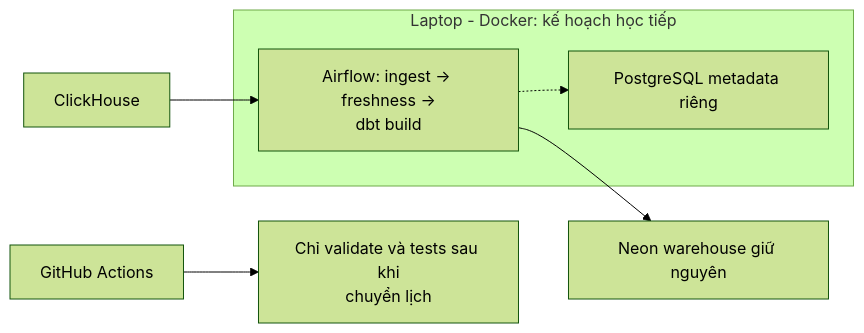
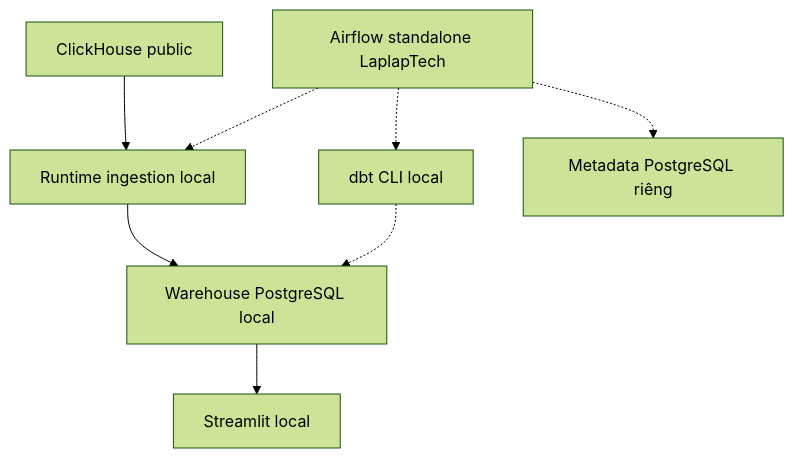
Before and after one commit to PhucTruong11/laplaptech_pipeline: the eighth of 8 diagrams in docs/architecture/data_flow.md, drawn with Mermaid (forest theme). The commit also changed other lines of this file and 16 other files, not shown here.

````diff
--- a/docs/architecture/data_flow.md
+++ b/docs/architecture/data_flow.md
@@ -208,12 +231,11 @@
 ```mermaid
 %%{init: {"flowchart": {"htmlLabels": false}}}%%
-flowchart LR
-    subgraph LOCAL["Laptop - Docker: kế hoạch học tiếp"]
-        AF["Airflow: ingest -> freshness -><br/>dbt build"]
-        META["PostgreSQL metadata riêng"]
-        AF -.-> META
-    end
-    SRC["ClickHouse"] --> AF
-    AF --> N["Neon warehouse giữ nguyên"]
-    GIT["GitHub Actions"] --> CI["Chỉ validate và tests sau khi<br/>chuyển lịch"]
+flowchart TD
+    SRC["ClickHouse public"] --> P["Runtime ingestion local"]
+    AF["Airflow standalone LaplapTech"] -.-> P
+    AF -.-> DBT["dbt CLI local"]
+    AF -.-> META["Metadata PostgreSQL riêng"]
+    P --> W["Warehouse PostgreSQL local"]
+    DBT -.-> W
+    W --> APP["Streamlit local"]
 ```
````
